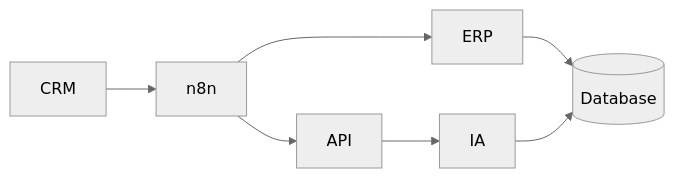
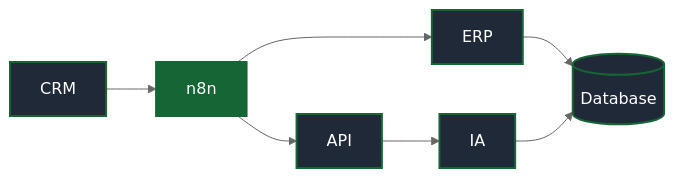
Before and after one commit to StackBlackzada/.github: diagram 13 of 16 in profile/README.md, drawn with Mermaid (neutral theme). The commit also changed other lines of this file, not shown here.

````diff
--- a/profile/README.md
+++ b/profile/README.md
@@ -341,9 +587,13 @@
 ```mermaid
 flowchart LR
     CRM["CRM"] --> N["n8n"]
     N --> API["API"]
     N --> ERP["ERP"]
     API --> IA["IA"]
     ERP --> DB[("Database")]
     IA --> DB
+    classDef d fill:#1F2937,stroke:#166534,color:#fff,stroke-width:2px
+    classDef hot fill:#166534,stroke:#166534,color:#fff,stroke-width:2px
+    class CRM,API,ERP,IA,DB d
+    class N hot
 ```
````
